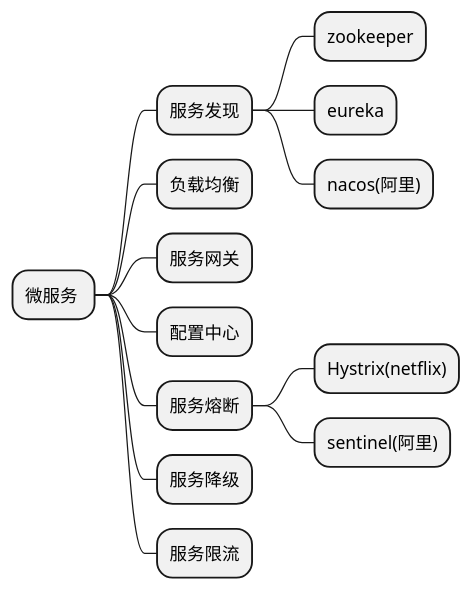
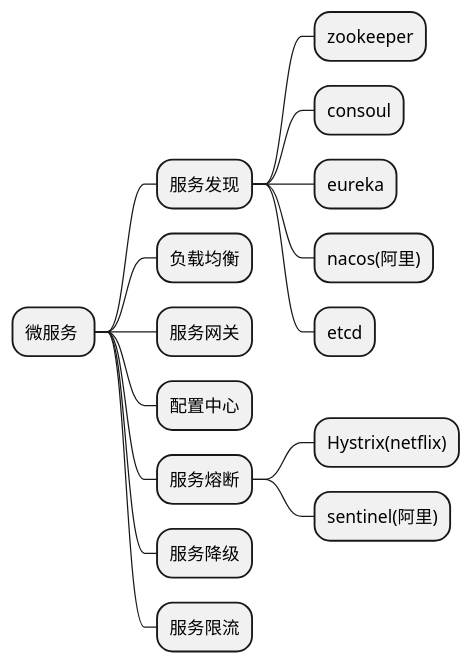
The first of 2 diagrams in Service_Governance/mirco_service.md (freshghost/spark_learning), drawn with PlantUML before and after one commit. The commit also changed other lines of this file and 2 other files, not shown here.

````diff
--- a/Service_Governance/mirco_service.md
+++ b/Service_Governance/mirco_service.md
@@ -6,18 +6,20 @@
 ```puml
 @startmindmap
  * 微服务 
  ** 服务发现
  *** zookeeper
+ *** consoul
  *** eureka
  *** nacos(阿里)
+ *** etcd
  ** 负载均衡
  ** 服务网关
  ** 配置中心
  ** 服务熔断
  *** Hystrix(netflix)
  *** sentinel(阿里)
  ** 服务降级
  ** 服务限流
 
 @endmindmap
 ```
````
